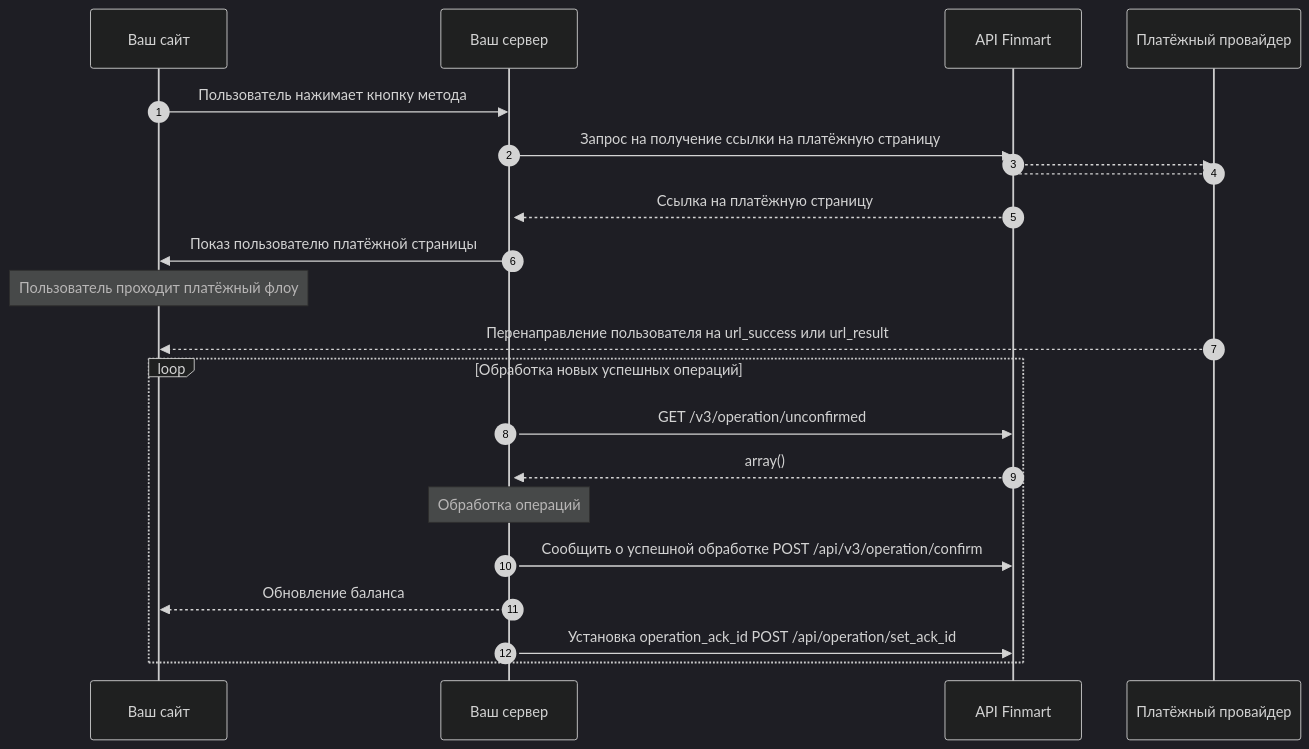
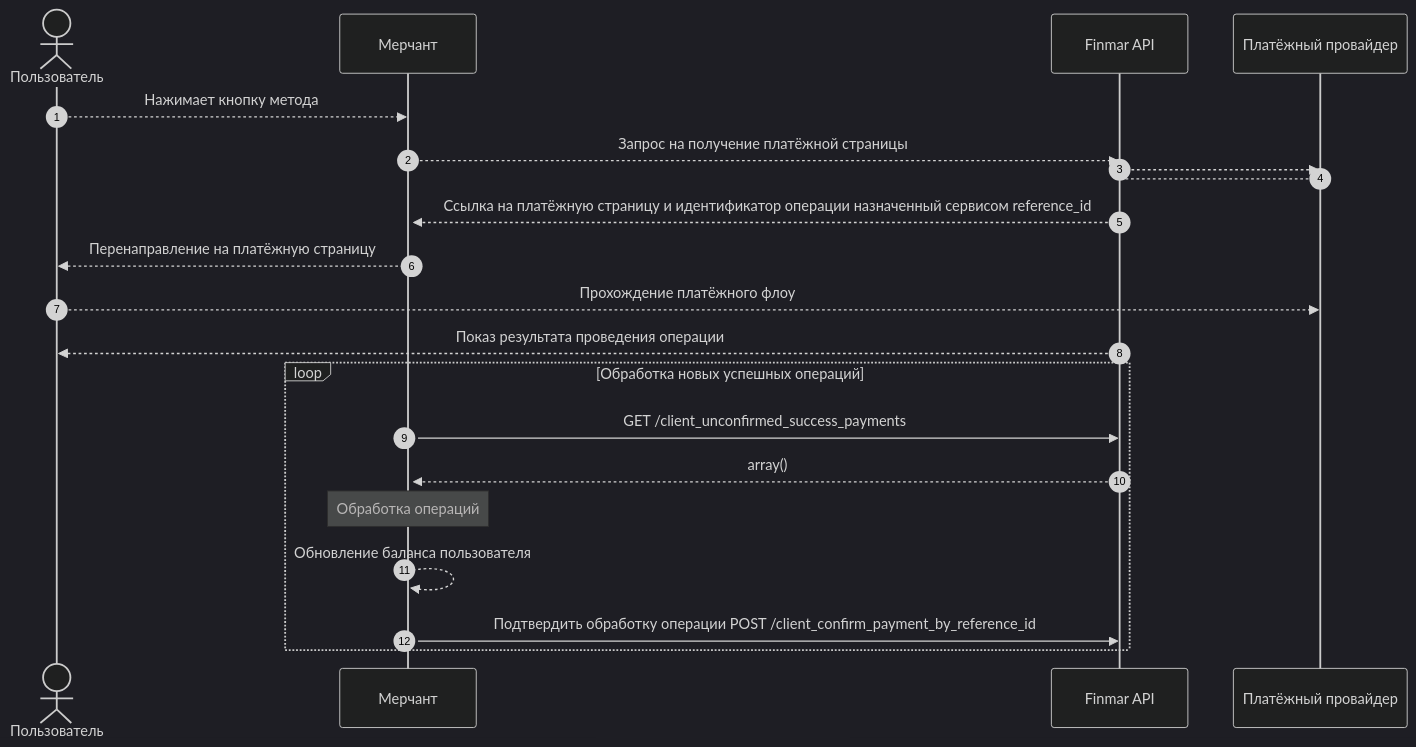
Before and after one commit to sergeyglobo/documentation: the second of 2 diagrams in products/checkout.mdx, drawn with Mermaid (dark theme). The commit also changed other lines of this file, not shown here.

````diff
--- a/products/checkout.mdx
+++ b/products/checkout.mdx
@@ -64,29 +58,27 @@
 ```mermaid
 sequenceDiagram
-autonumber
-    participant site as Ваш сайт #lightGreen
-    participant server as Ваш сервер
-    participant finmart as API Finmart 
-    participant	payment as Платёжный провайдер
+  actor user as Пользователь
+  participant merchant as Мерчант
+  participant finmar as Finmar API
+  participant payment as Платёжный провайдер
 
+  autonumber
+  user -->> merchant: Нажимает кнопку метода
+  merchant -->> finmar: Запрос на получение платёжной страницы
+  finmar -->> payment: 
+  payment --> finmar: 
+  finmar -->>+ merchant: Ссылка на платёжную страницу и идентификатор операции назначенный сервисом reference_id
+  merchant -->> user: Перенаправление на платёжную страницу
+  user -->> payment: Прохождение платёжного флоу
+  finmar -->> user: Показ результата проведения операции
 
+   loop Обработка новых успешных операций
+		    merchant->>finmar: GET /client_unconfirmed_success_payments 
+		    finmar-->>merchant: array()
+	     note over merchant: Обработка операций
+         merchant -->>merchant: Обновление баланса пользователя
+        merchant->>finmar: Подтвердить обработку операции POST /client_confirm_payment_by_reference_id 
 
-    site->>server: Пользователь нажимает кнопку метода 
-    server->>finmart: Запрос на получение ссылки на платёжную страницу 
-    finmart-->>payment: 
-    payment-->finmart: 
-    finmart-->>+server: Ссылка на платёжную страницу 
-    server->>site: Показ пользователю платёжной страницы
-    note over site:  Пользователь проходит платёжный флоу
-    payment-->>site: Перенаправление пользователя на url_success или url_result
-   loop Обработка новых успешных операций
-		    server->>finmart: GET /v3/operation/unconfirmed
-		    finmart-->>server: array()
-	     note over server: Обработка операций
-			  server->>finmart: Сообщить о успешной обработке POST /api/v3/operation/confirm
-        server -->>site: Обновление баланса
-        server->>finmart: Установка operation_ack_id POST /api/operation/set_ack_id    
     end
     
-   
 ```
````
